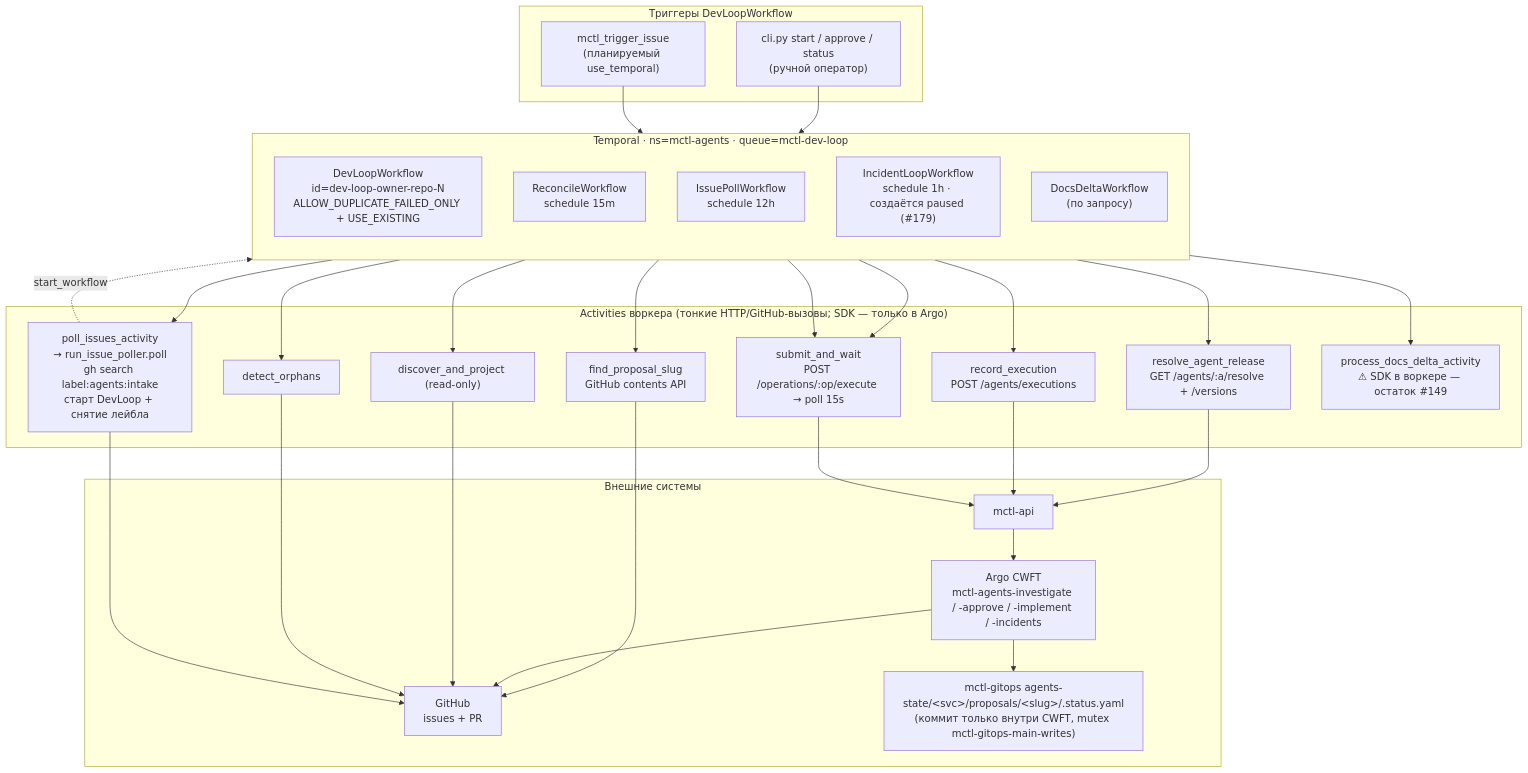
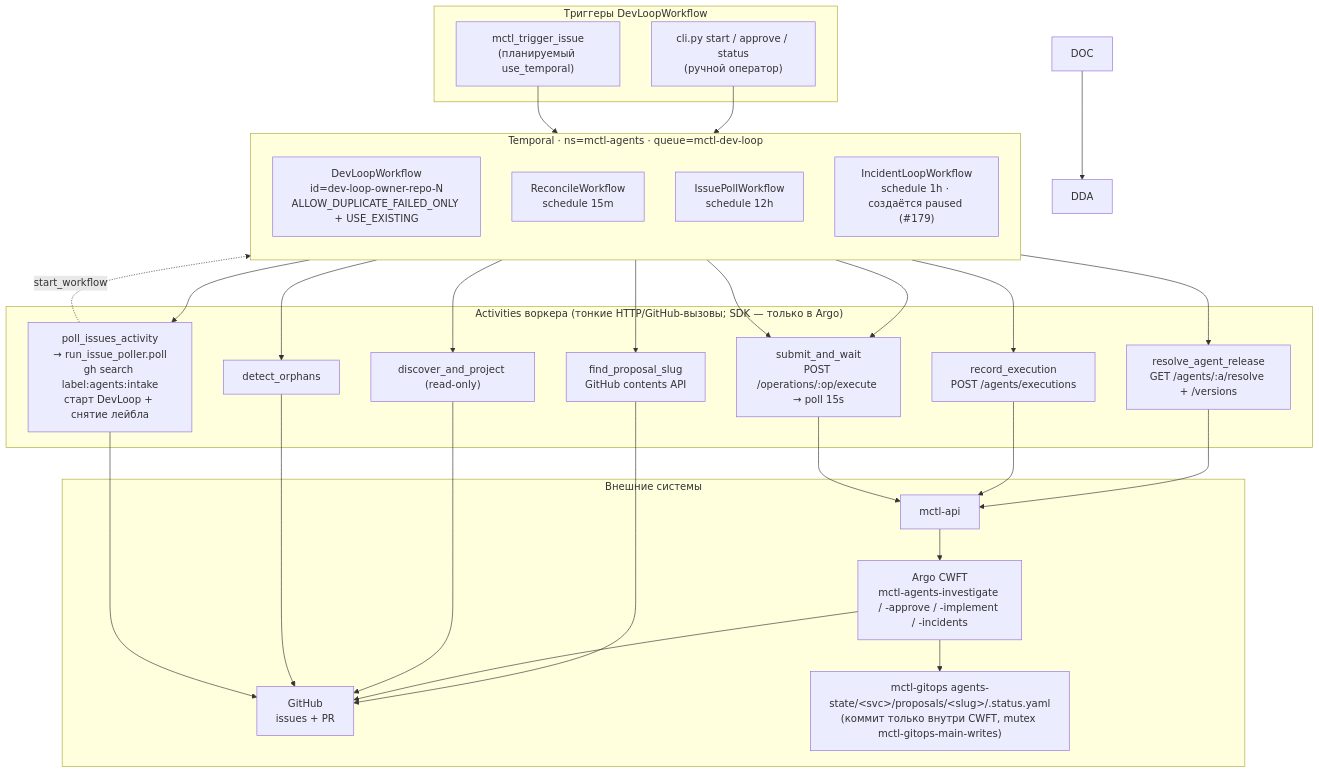
The diagram in docs/diagrams/temporal-flow-overview.mmd (mctlhq/mctl-agents), drawn with Mermaid before and after one commit. The commit also changed 18 other files, not shown here.

First line of the commit message:
feat: retire question-author, DocsDeltaWorkflow and the strong profile

```diff
--- a/docs/diagrams/temporal-flow-overview.mmd
+++ b/docs/diagrams/temporal-flow-overview.mmd
@@ -1,56 +1,54 @@
 flowchart TB
     subgraph TRIG["Триггеры DevLoopWorkflow"]
         CLI["cli.py start / approve / status<br/>(ручной оператор)"]
         MCP["mctl_trigger_issue<br/>(планируемый use_temporal)"]
     end
 
     subgraph TMP["Temporal · ns=mctl-agents · queue=mctl-dev-loop"]
         direction TB
         DEV["DevLoopWorkflow<br/>id=dev-loop-owner-repo-N<br/>ALLOW_DUPLICATE_FAILED_ONLY + USE_EXISTING"]
         REC["ReconcileWorkflow<br/>schedule 15m"]
         ISS["IssuePollWorkflow<br/>schedule 12h"]
         INC["IncidentLoopWorkflow<br/>schedule 1h · создаётся paused (#179)"]
-        DOC["DocsDeltaWorkflow<br/>(по запросу)"]
     end
 
     subgraph ACT["Activities воркера (тонкие HTTP/GitHub-вызовы; SDK — только в Argo)"]
         RES["resolve_agent_release<br/>GET /agents/:a/resolve + /versions"]
         SUB["submit_and_wait<br/>POST /operations/:op/execute → poll 15s"]
         RECD["record_execution<br/>POST /agents/executions"]
         FPS["find_proposal_slug<br/>GitHub contents API"]
         DISC["discover_and_project (read-only)"]
         ORPH["detect_orphans"]
         IPA["poll_issues_activity<br/>→ run_issue_poller.poll<br/>gh search label:agents:intake<br/>старт DevLoop + снятие лейбла"]
-        DDA["process_docs_delta_activity<br/>⚠ SDK в воркере — остаток #149"]
     end
 
     subgraph EXT["Внешние системы"]
         API["mctl-api"]
         ARGO["Argo CWFT<br/>mctl-agents-investigate / -approve / -implement / -incidents"]
         GH["GitHub<br/>issues + PR"]
         GITOPS["mctl-gitops agents-state/&lt;svc&gt;/proposals/&lt;slug&gt;/.status.yaml<br/>(коммит только внутри CWFT, mutex mctl-gitops-main-writes)"]
     end
 
     CLI --> DEV
     MCP --> DEV
     ISS --> IPA
     IPA -. "start_workflow" .-> DEV
 
     DEV --> RES
     DEV --> SUB
     DEV --> RECD
     DEV --> FPS
     FPS --> GH
     REC --> DISC
     REC --> ORPH
     INC --> SUB
     DOC --> DDA
 
     RES --> API
     RECD --> API
     SUB --> API --> ARGO
     ARGO --> GITOPS
     ARGO --> GH
     DISC --> GH
     ORPH --> GH
     IPA --> GH
```
